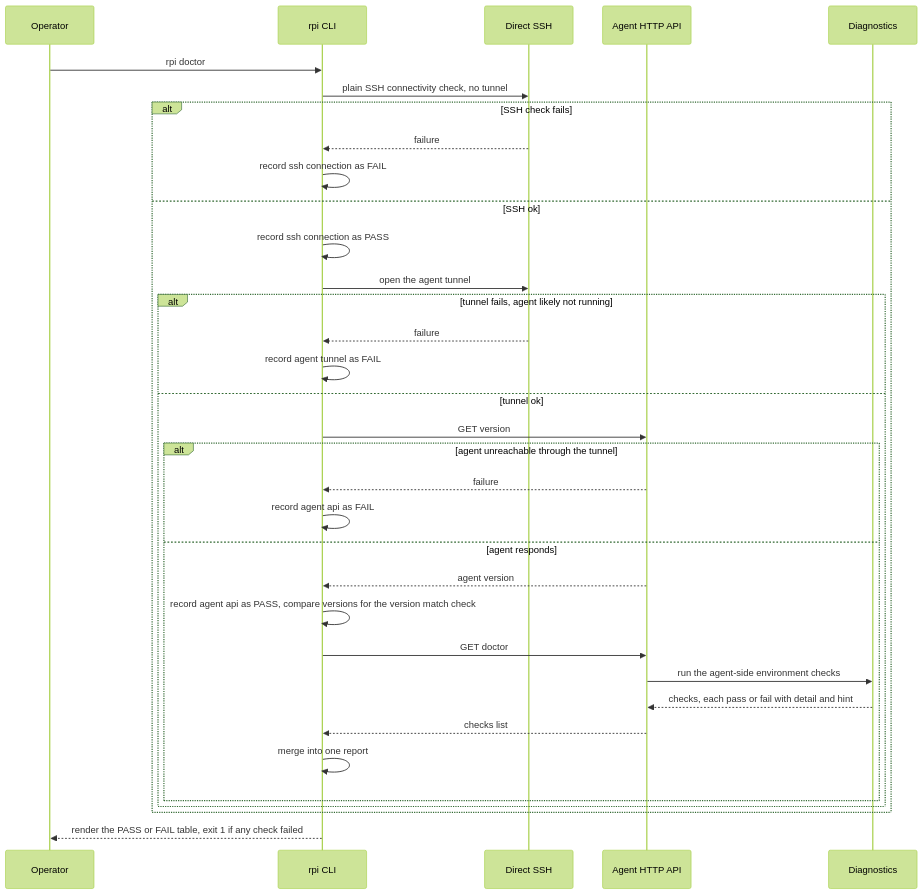
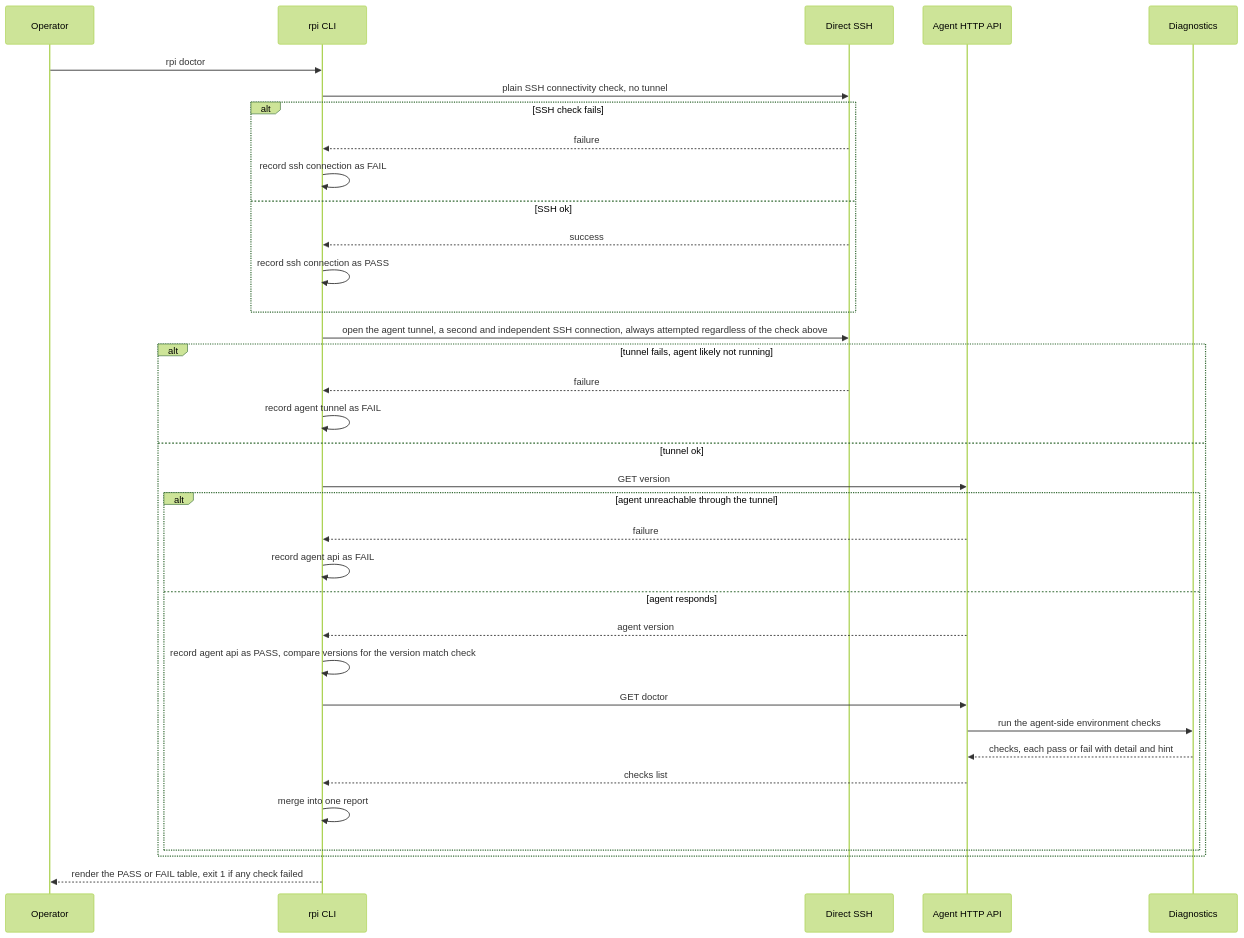
One commit to khmilevoi/rpi-deploy changed the third of 3 diagrams in docs/architecture/flows/observability.md. Above: the diagram before and after it, drawn with Mermaid (forest theme). The commit also changed other lines of this file, not shown here.

Commit message:
docs(architecture): fix doctor short-circuit description

````diff
--- a/docs/architecture/flows/observability.md
+++ b/docs/architecture/flows/observability.md
@@ -92,37 +92,38 @@
 ```mermaid
 sequenceDiagram
     participant Op as Operator
     participant CLI as rpi CLI
     participant SSH as Direct SSH
     participant Agent as Agent HTTP API
     participant Diag as Diagnostics
 
     Op->>CLI: rpi doctor
     CLI->>SSH: plain SSH connectivity check, no tunnel
     alt SSH check fails
         SSH-->>CLI: failure
         CLI->>CLI: record ssh connection as FAIL
     else SSH ok
+        SSH-->>CLI: success
         CLI->>CLI: record ssh connection as PASS
-        CLI->>SSH: open the agent tunnel
-        alt tunnel fails, agent likely not running
-            SSH-->>CLI: failure
-            CLI->>CLI: record agent tunnel as FAIL
-        else tunnel ok
-            CLI->>Agent: GET version
-            alt agent unreachable through the tunnel
-                Agent-->>CLI: failure
-                CLI->>CLI: record agent api as FAIL
-            else agent responds
-                Agent-->>CLI: agent version
-                CLI->>CLI: record agent api as PASS, compare versions for the version match check
-                CLI->>Agent: GET doctor
-                Agent->>Diag: run the agent-side environment checks
-                Diag-->>Agent: checks, each pass or fail with detail and hint
-                Agent-->>CLI: checks list
-                CLI->>CLI: merge into one report
-            end
+    end
+    CLI->>SSH: open the agent tunnel, a second and independent SSH connection, always attempted regardless of the check above
+    alt tunnel fails, agent likely not running
+        SSH-->>CLI: failure
+        CLI->>CLI: record agent tunnel as FAIL
+    else tunnel ok
+        CLI->>Agent: GET version
+        alt agent unreachable through the tunnel
+            Agent-->>CLI: failure
+            CLI->>CLI: record agent api as FAIL
+        else agent responds
+            Agent-->>CLI: agent version
+            CLI->>CLI: record agent api as PASS, compare versions for the version match check
+            CLI->>Agent: GET doctor
+            Agent->>Diag: run the agent-side environment checks
+            Diag-->>Agent: checks, each pass or fail with detail and hint
+            Agent-->>CLI: checks list
+            CLI->>CLI: merge into one report
         end
     end
     CLI-->>Op: render the PASS or FAIL table, exit 1 if any check failed
 ```
````
